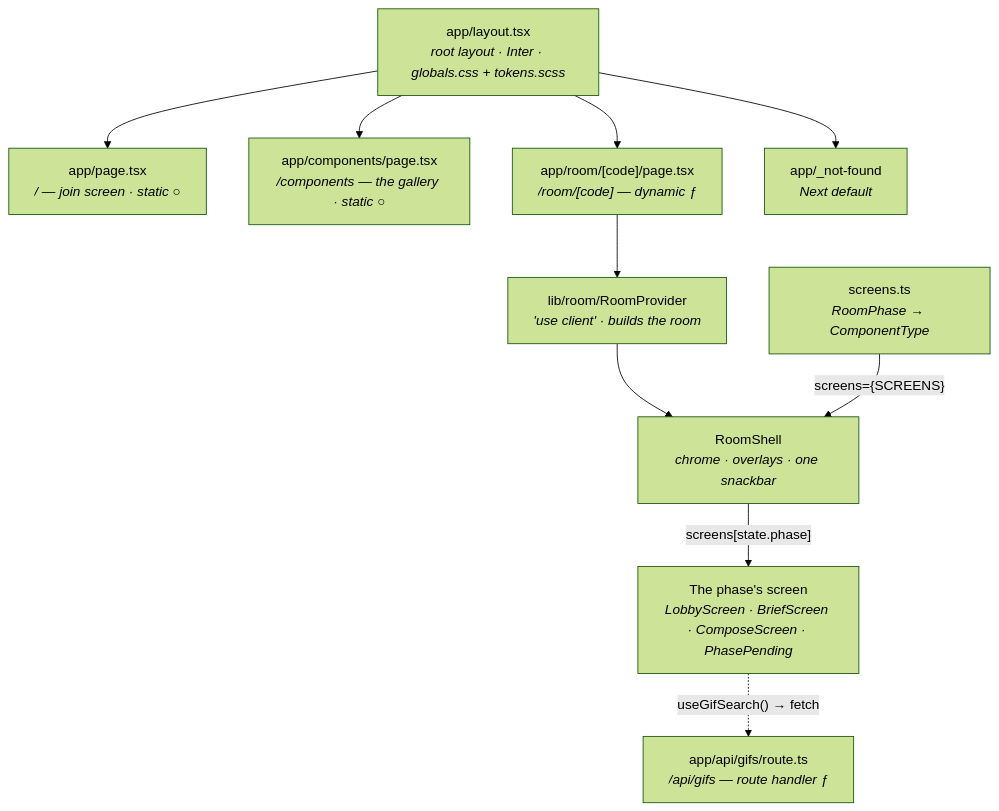
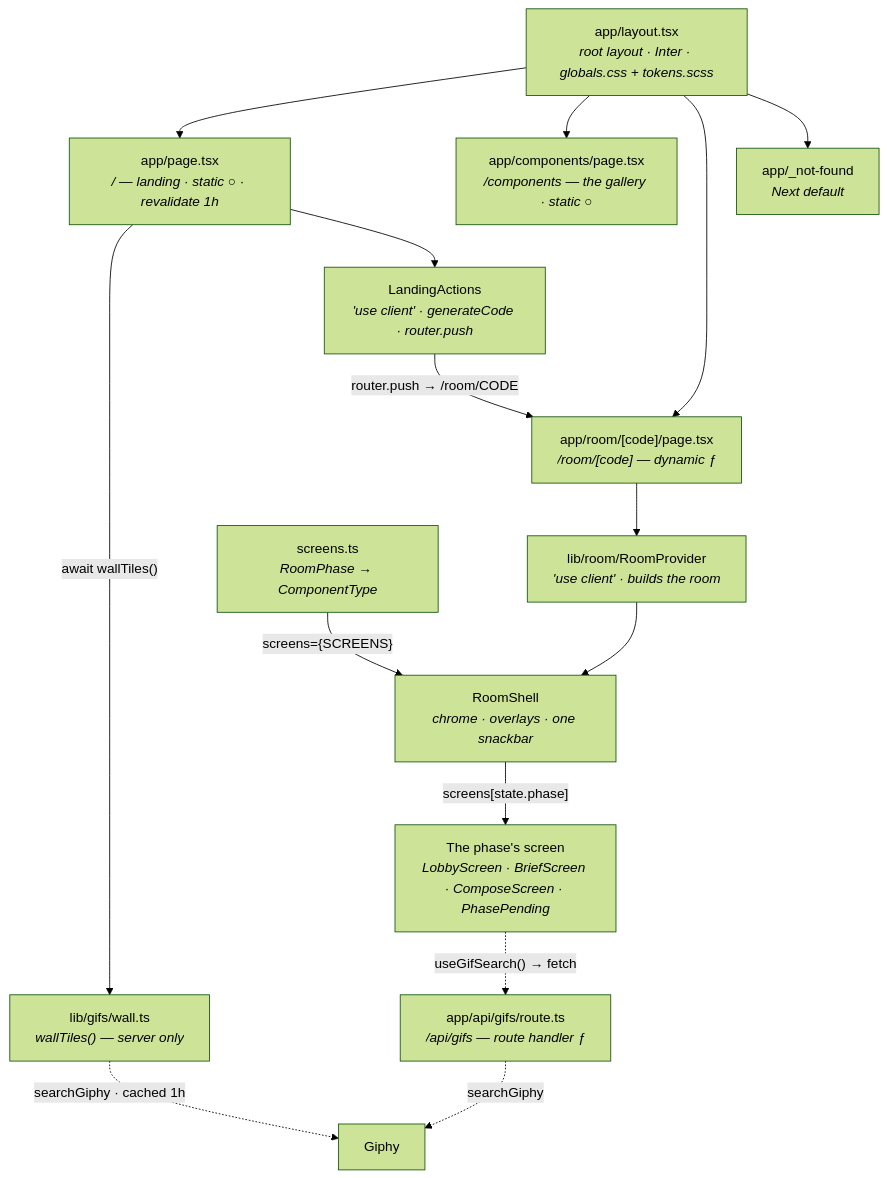
The first of 8 diagrams in docs/architecture.md (Jmeza081/captionist), drawn with Mermaid (forest theme) before and after one commit. The commit also changed other lines of this file and 53 other files, not shown here.

First line of the commit message:
Build the landing page, and make its GIF wall cheap

````diff
--- a/docs/architecture.md
+++ b/docs/architecture.md
@@ -64,22 +79,30 @@
 ```mermaid
 graph TD
   L["app/layout.tsx<br/><i>root layout · Inter · globals.css + tokens.scss</i>"]
-  P["app/page.tsx<br/><i>/ — join screen · static ○</i>"]
+  P["app/page.tsx<br/><i>/ — landing · static ○ · revalidate 1h</i>"]
   C["app/components/page.tsx<br/><i>/components — the gallery · static ○</i>"]
   R["app/room/[code]/page.tsx<br/><i>/room/[code] — dynamic ƒ</i>"]
   A["app/api/gifs/route.ts<br/><i>/api/gifs — route handler ƒ</i>"]
   NF["app/_not-found<br/><i>Next default</i>"]
+  W["lib/gifs/wall.ts<br/><i>wallTiles() — server only</i>"]
+  GY["Giphy"]
+  LA["LandingActions<br/><i>'use client' · generateCode · router.push</i>"]
   RP["lib/room/RoomProvider<br/><i>'use client' · builds the room</i>"]
   SH["RoomShell<br/><i>chrome · overlays · one snackbar</i>"]
   SC["screens.ts<br/><i>RoomPhase → ComponentType</i>"]
   SCR["The phase's screen<br/><i>LobbyScreen · BriefScreen · ComposeScreen · PhasePending</i>"]
 
   L --> P
   L --> C
   L --> R
   L --> NF
+  P -->|"await wallTiles()"| W
+  W -.->|"searchGiphy · cached 1h"| GY
+  P --> LA
+  LA -->|"router.push → /room/CODE"| R
   R --> RP --> SH
   SC -->|"screens={SCREENS}"| SH
   SH -->|"screens[state.phase]"| SCR
   SCR -.->|"useGifSearch() → fetch"| A
+  A -.->|"searchGiphy"| GY
 ```
````
